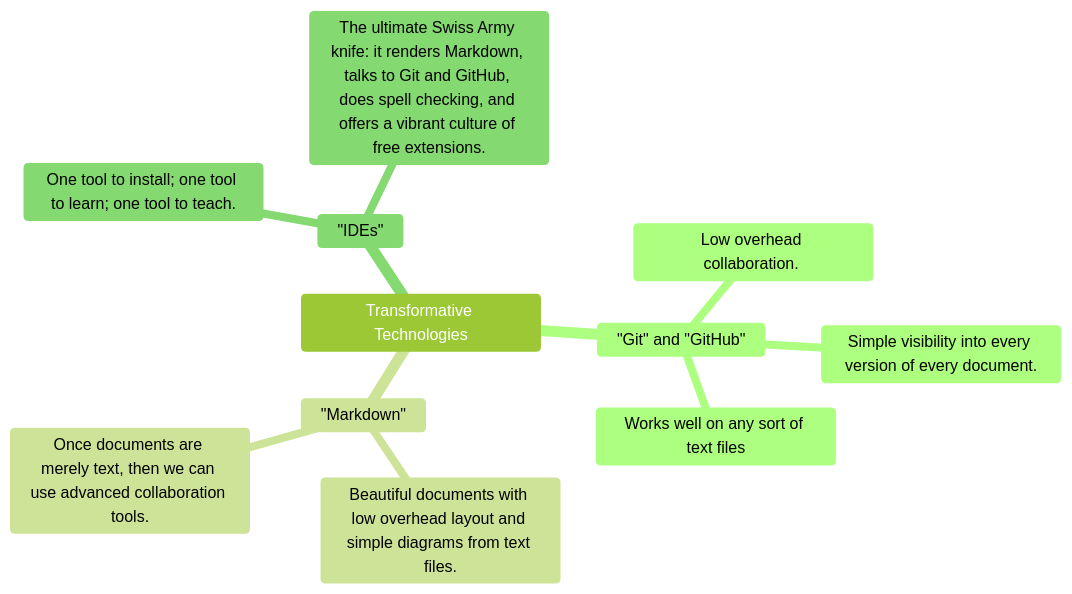
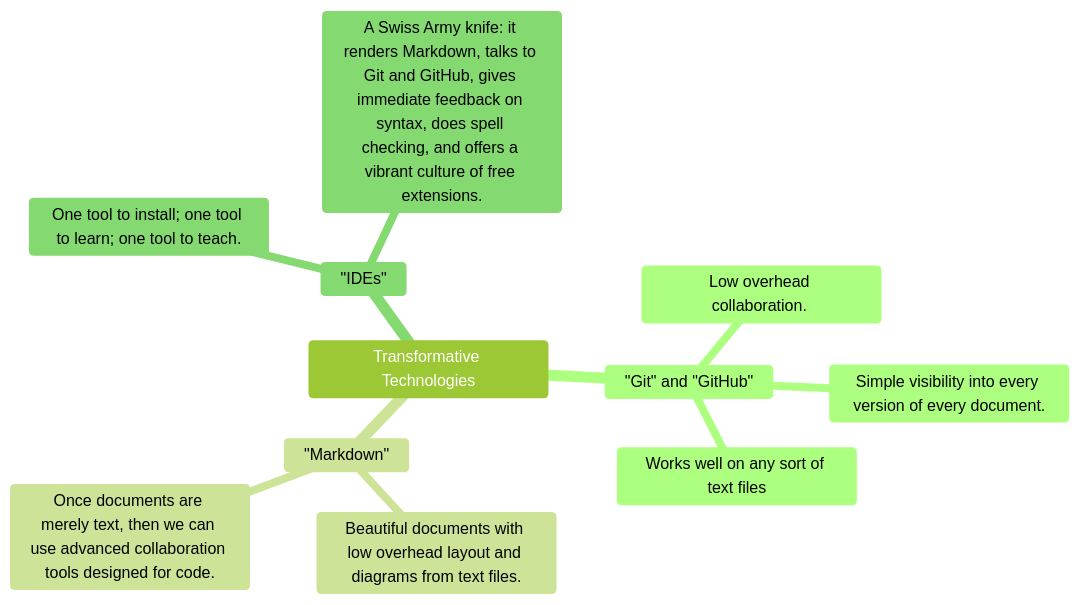
The second of 4 diagrams in README.md (marshallflax/vision), drawn with Mermaid before and after one commit. The commit also changed other lines of this file, not shown here.

Commit message:
Shared Repos

````diff
--- a/README.md
+++ b/README.md
@@ -35,16 +35,16 @@
 ```mermaid
 %%{init: {'theme':'forest'}}%%
 
 mindmap
  Transformative Technologies
   "Git" and "GitHub"
     Low overhead collaboration. 
     Simple visibility into every version of every document.
     Works well on any sort of text files
   "Markdown"
-   Beautiful documents with low overhead layout and simple diagrams from text files.
-   Once documents are merely text, then we can use advanced collaboration tools.
+   Beautiful documents with low overhead layout and diagrams from text files.
+   Once documents are merely text, then we can use advanced collaboration tools designed for code.
   "IDEs"
    One tool to install; one tool to learn; one tool to teach.
-   The ultimate Swiss Army knife: it renders Markdown, talks to Git and GitHub, does spell checking, and offers a vibrant culture of free extensions.
+   A Swiss Army knife: it renders Markdown, talks to Git and GitHub, gives immediate feedback on syntax, does spell checking, and offers a vibrant culture of free extensions.
 ```
````
